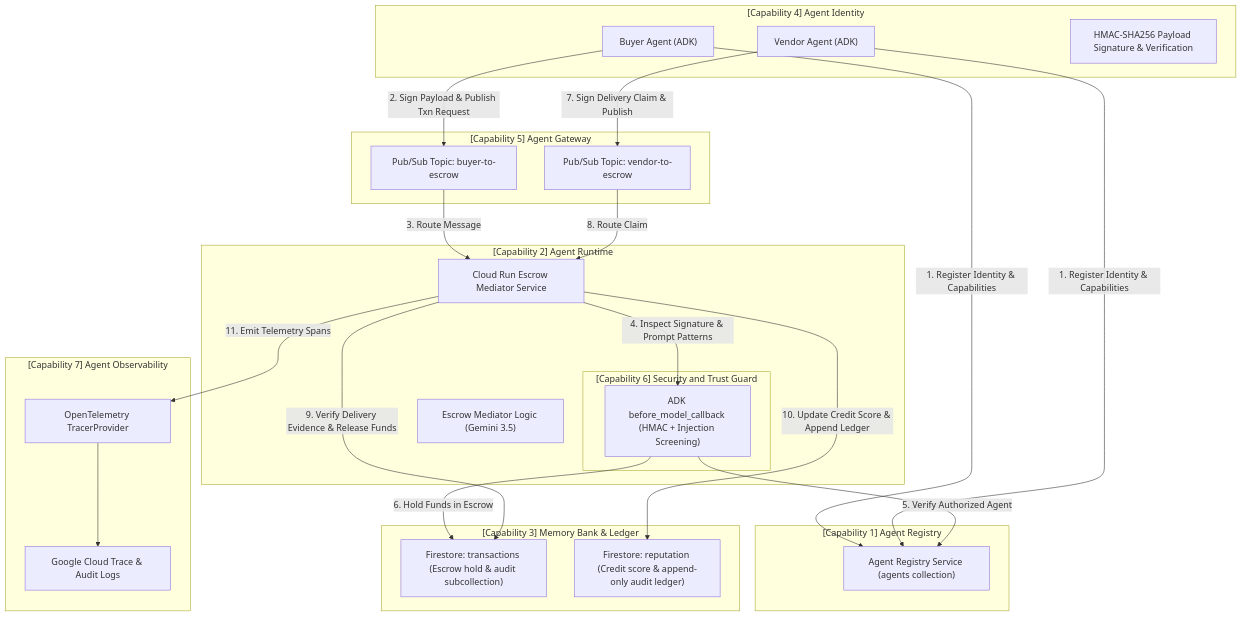
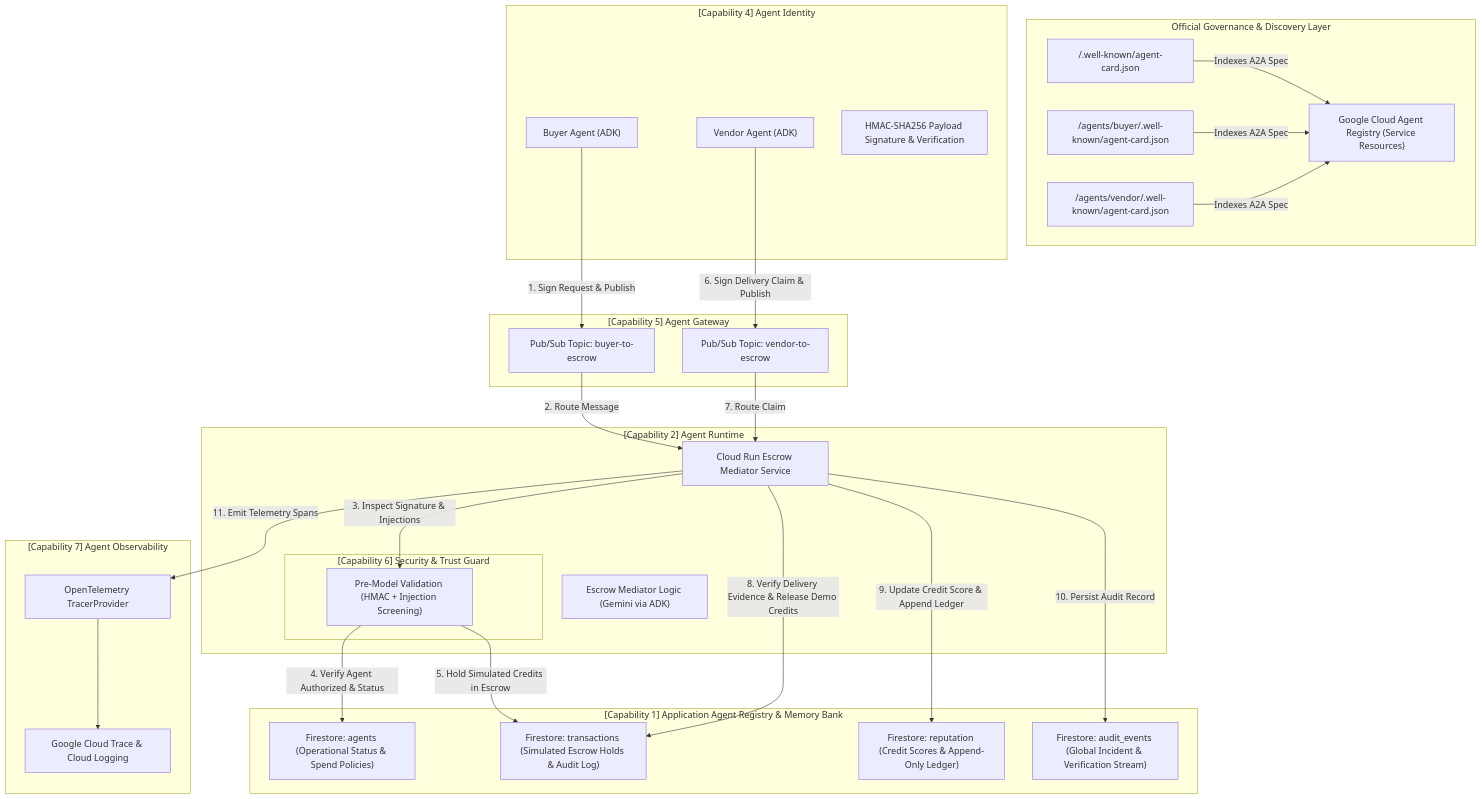
Before and after one commit to 89Aman/AgentTrustLedger: the diagram in architecture.md, drawn with Mermaid. The commit also changed other lines of this file and 1 other file, not shown here.

Commit message:
docs: update architecture and registry deployment guides

````diff
--- a/architecture.md
+++ b/architecture.md
@@ -4,49 +4,56 @@
 ```mermaid
 graph TD
-    subgraph Agent_Registry["[Capability 1] Agent Registry"]
-        REG["Agent Registry Service (agents collection)"]
+    subgraph Discovery_Layer["Official Governance & Discovery Layer"]
+        AR["Google Cloud Agent Registry (Service Resources)"]
+        CARD_ESCROW["/.well-known/agent-card.json"]
+        CARD_BUYER["/agents/buyer/.well-known/agent-card.json"]
+        CARD_VENDOR["/agents/vendor/.well-known/agent-card.json"]
+        CARD_ESCROW -->|Indexes A2A Spec| AR
+        CARD_BUYER -->|Indexes A2A Spec| AR
+        CARD_VENDOR -->|Indexes A2A Spec| AR
     end
 
     subgraph Agent_Identity["[Capability 4] Agent Identity"]
         BUYER["Buyer Agent (ADK)"]
         VENDOR["Vendor Agent (ADK)"]
         HMAC["HMAC-SHA256 Payload Signature & Verification"]
     end
 
     subgraph Agent_Gateway["[Capability 5] Agent Gateway"]
         PS1["Pub/Sub Topic: buyer-to-escrow"]
         PS2["Pub/Sub Topic: vendor-to-escrow"]
     end
 
     subgraph Agent_Runtime["[Capability 2] Agent Runtime"]
         CR["Cloud Run Escrow Mediator Service"]
-        subgraph Security_Guard["[Capability 6] Security and Trust Guard"]
-            CB["ADK before_model_callback (HMAC + Injection Screening)"]
+        subgraph Security_Guard["[Capability 6] Security & Trust Guard"]
+            CB["Pre-Model Validation (HMAC + Injection Screening)"]
         end
-        ESCROW["Escrow Mediator Logic (Gemini 3.5)"]
+        ESCROW["Escrow Mediator Logic (Gemini via ADK)"]
     end
 
-    subgraph Memory_Bank["[Capability 3] Memory Bank & Ledger"]
-        FS1["Firestore: transactions (Escrow hold & audit subcollection)"]
-        FS2["Firestore: reputation (Credit score & append-only audit ledger)"]
+    subgraph Operational_Registry["[Capability 1] Application Agent Registry & Memory Bank"]
+        REG["Firestore: agents (Operational Status & Spend Policies)"]
+        FS1["Firestore: transactions (Simulated Escrow Holds & Audit Log)"]
+        FS2["Firestore: reputation (Credit Scores & Append-Only Ledger)"]
+        FS3["Firestore: audit_events (Global Incident & Verification Stream)"]
     end
 
     subgraph Agent_Observability["[Capability 7] Agent Observability"]
         OTEL["OpenTelemetry TracerProvider"]
-        TRACE["Google Cloud Trace & Audit Logs"]
+        TRACE["Google Cloud Trace & Cloud Logging"]
     end
 
-    BUYER -->|1. Register Identity & Capabilities| REG
-    VENDOR -->|1. Register Identity & Capabilities| REG
-    BUYER -->|2. Sign Payload & Publish Txn Request| PS1
-    PS1 -->|3. Route Message| CR
-    CR -->|4. Inspect Signature & Prompt Patterns| CB
-    CB -->|5. Verify Authorized Agent| REG
-    CB -->|6. Hold Funds in Escrow| FS1
-    VENDOR -->|7. Sign Delivery Claim & Publish| PS2
-    PS2 -->|8. Route Claim| CR
-    CR -->|9. Verify Delivery Evidence & Release Funds| FS1
-    CR -->|10. Update Credit Score & Append Ledger| FS2
+    BUYER -->|1. Sign Request & Publish| PS1
+    PS1 -->|2. Route Message| CR
+    CR -->|3. Inspect Signature & Injections| CB
+    CB -->|4. Verify Agent Authorized & Status| REG
+    CB -->|5. Hold Simulated Credits in Escrow| FS1
+    VENDOR -->|6. Sign Delivery Claim & Publish| PS2
+    PS2 -->|7. Route Claim| CR
+    CR -->|8. Verify Delivery Evidence & Release Demo Credits| FS1
+    CR -->|9. Update Credit Score & Append Ledger| FS2
+    CR -->|10. Persist Audit Record| FS3
     CR -->|11. Emit Telemetry Spans| OTEL
     OTEL --> TRACE
 ```
````
